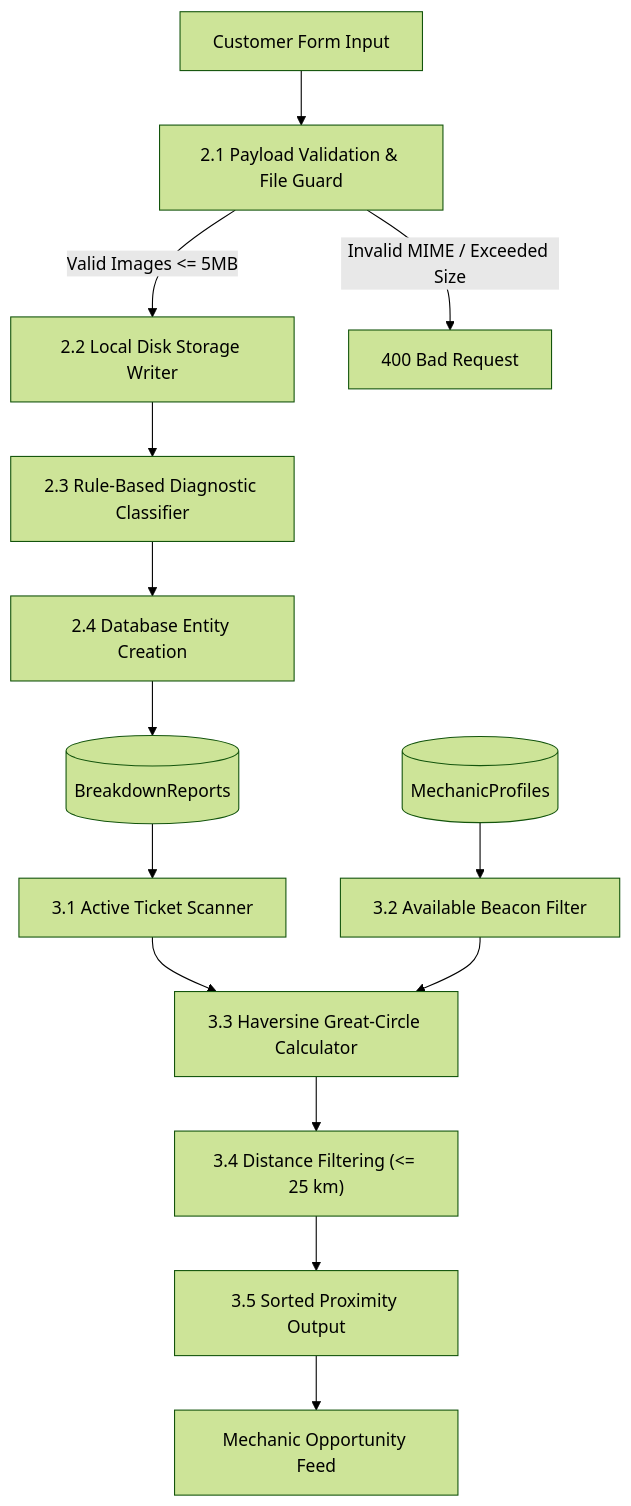
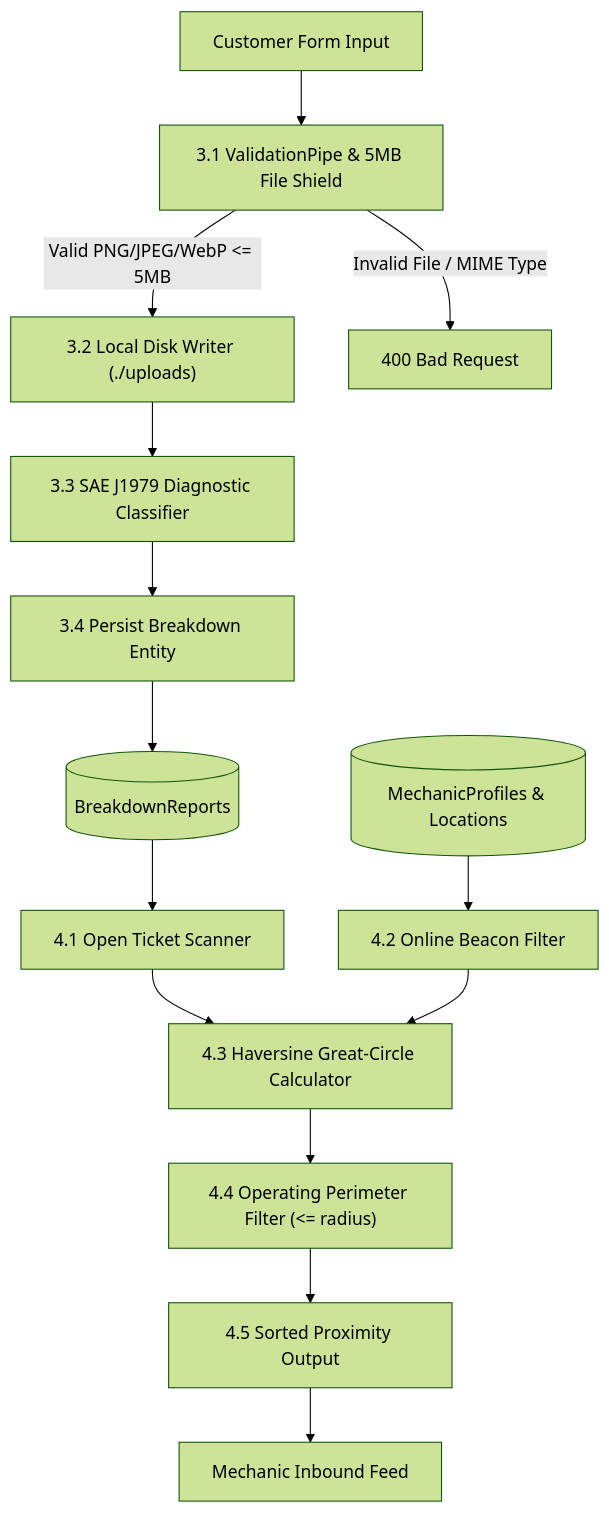
One commit to sahidprofessional000/vbrs-project-2026 changed the fifth of 12 diagrams in docs/ACADEMIC_REPORT.md. Above: the diagram before and after it, drawn with Mermaid (forest theme). The commit also changed other lines of this file and 34 other files, not shown here.

````diff
--- a/docs/ACADEMIC_REPORT.md
+++ b/docs/ACADEMIC_REPORT.md
@@ -556,18 +433,18 @@
 ```mermaid
 flowchart TD
-    In1["Customer Form Input"] --> P2_1["2.1 Payload Validation & File Guard"]
-    P2_1 -->|Valid Images <= 5MB| P2_2["2.2 Local Disk Storage Writer"]
-    P2_1 -->|Invalid MIME / Exceeded Size| Err1["400 Bad Request"]
-    
-    P2_2 --> P2_3["2.3 Rule-Based Diagnostic Classifier"]
-    P2_3 --> P2_4["2.4 Database Entity Creation"]
-    P2_4 --> DB_BR[("BreakdownReports")]
+    In1["Customer Form Input"] --> P3_1["3.1 ValidationPipe & 5MB File Shield"]
+    P3_1 -->|Valid PNG/JPEG/WebP <= 5MB| P3_2["3.2 Local Disk Writer (./uploads)"]
+    P3_1 -->|Invalid File / MIME Type| Err1["400 Bad Request"]
 
-    DB_BR --> P3_1["3.1 Active Ticket Scanner"]
-    DB_MP[("MechanicProfiles")] --> P3_2["3.2 Available Beacon Filter"]
-    
-    P3_1 & P3_2 --> P3_3["3.3 Haversine Great-Circle Calculator"]
-    P3_3 --> P3_4["3.4 Distance Filtering (<= 25 km)"]
-    P3_4 --> P3_5["3.5 Sorted Proximity Output"]
-    P3_5 --> MechQueue["Mechanic Opportunity Feed"]
+    P3_2 --> P3_3["3.3 SAE J1979 Diagnostic Classifier"]
+    P3_3 --> P3_4["3.4 Persist Breakdown Entity"]
+    P3_4 --> DB_BR[("BreakdownReports")]
+
+    DB_BR --> P4_1["4.1 Open Ticket Scanner"]
+    DB_MP[("MechanicProfiles & Locations")] --> P4_2["4.2 Online Beacon Filter"]
+
+    P4_1 & P4_2 --> P4_3["4.3 Haversine Great-Circle Calculator"]
+    P4_3 --> P4_4["4.4 Operating Perimeter Filter (<= radius)"]
+    P4_4 --> P4_5["4.5 Sorted Proximity Output"]
+    P4_5 --> MechQueue["Mechanic Inbound Feed"]
 ```
````
